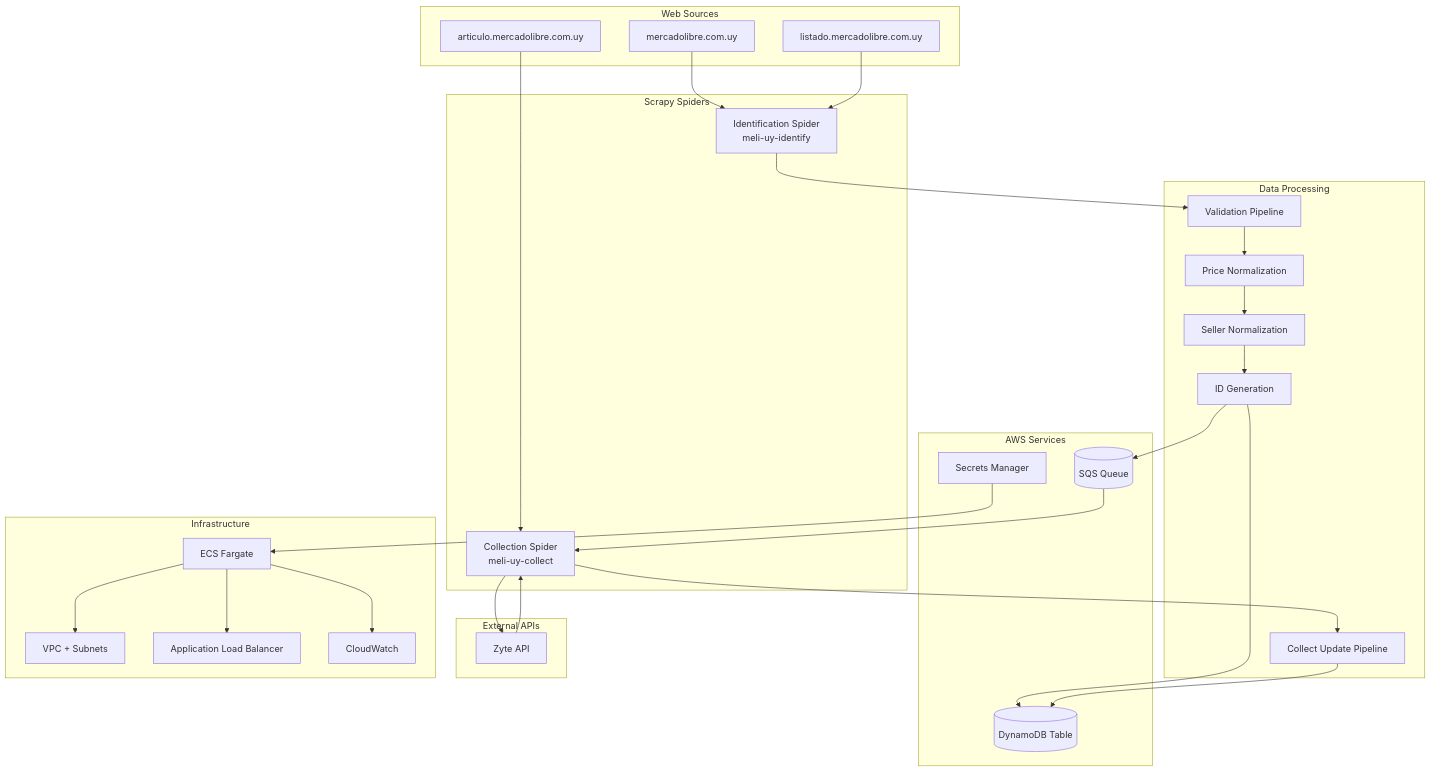
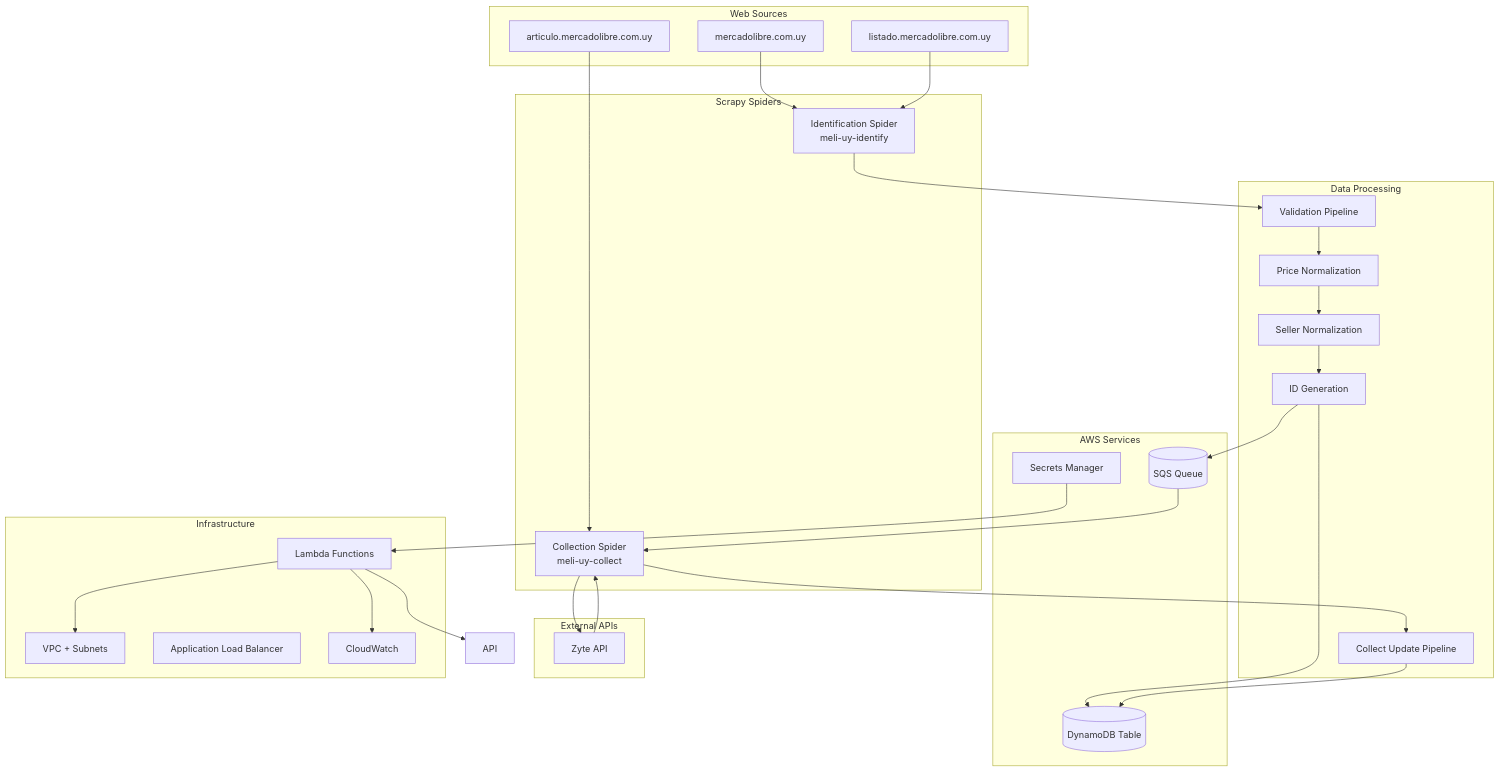
One commit to cbayonao/meli-challenge changed the first of 3 diagrams in README.md. Above: the diagram before and after it, drawn with Mermaid. The commit also changed other lines of this file and 33 other files, not shown here.

````diff
--- a/README.md
+++ b/README.md
@@ -34,60 +34,60 @@
 ```mermaid
 graph TB
     subgraph "Web Sources"
         ML[mercadolibre.com.uy]
         ML_ART[articulo.mercadolibre.com.uy]
         ML_LIST[listado.mercadolibre.com.uy]
     end
 
     subgraph "Scrapy Spiders"
         ID[Identification Spider<br/>meli-uy-identify]
         COL[Collection Spider<br/>meli-uy-collect]
     end
 
     subgraph "Data Processing"
         VAL[Validation Pipeline]
         PRICE[Price Normalization]
         SELLER[Seller Normalization]
         ID_GEN[ID Generation]
         COLLECT[Collect Update Pipeline]
     end
 
     subgraph "AWS Services"
         SQS[(SQS Queue)]
         DDB[(DynamoDB Table)]
         SEC[Secrets Manager]
     end
 
     subgraph "External APIs"
         ZYTE[Zyte API]
     end
 
     subgraph "Infrastructure"
-        ECS[ECS Fargate]
+        LAMBDA[Lambda Functions]
         VPC[VPC + Subnets]
         ALB[Application Load Balancer]
         CW[CloudWatch]
     end
 
     ML --> ID
     ML_ART --> COL
     ML_LIST --> ID
     
     ID --> VAL
     VAL --> PRICE
     PRICE --> SELLER
     SELLER --> ID_GEN
     ID_GEN --> DDB
     ID_GEN --> SQS
     
     SQS --> COL
     COL --> ZYTE
     ZYTE --> COL
     COL --> COLLECT
     COLLECT --> DDB
     
-    SEC --> ECS
-    ECS --> VPC
-    ECS --> ALB
-    ECS --> CW
+    SEC --> LAMBDA
+    LAMBDA --> VPC
+    LAMBDA --> API
+    LAMBDA --> CW
 ```
````
